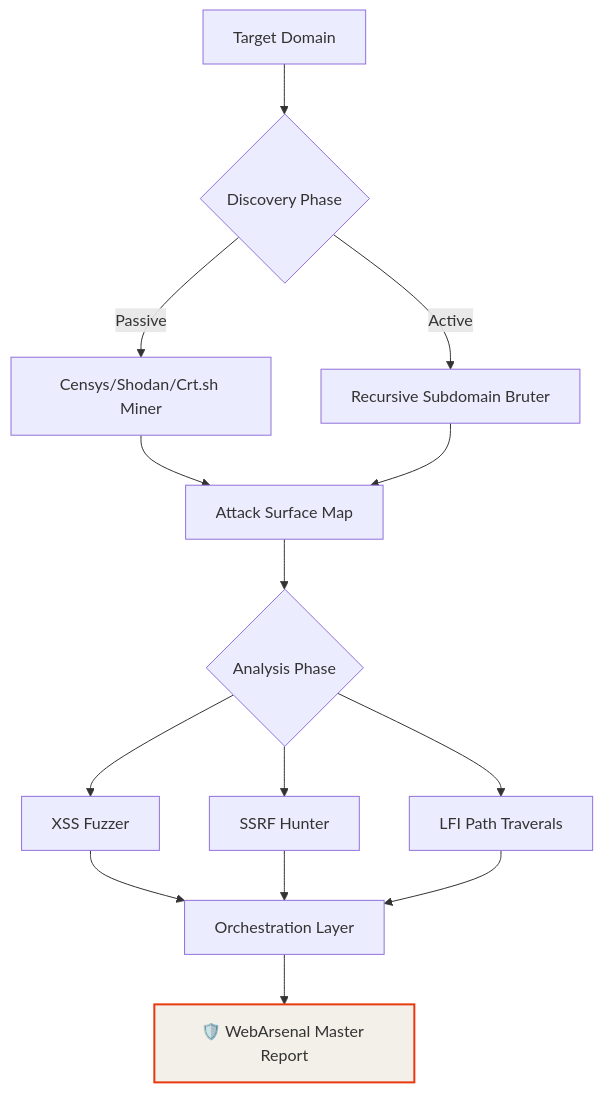
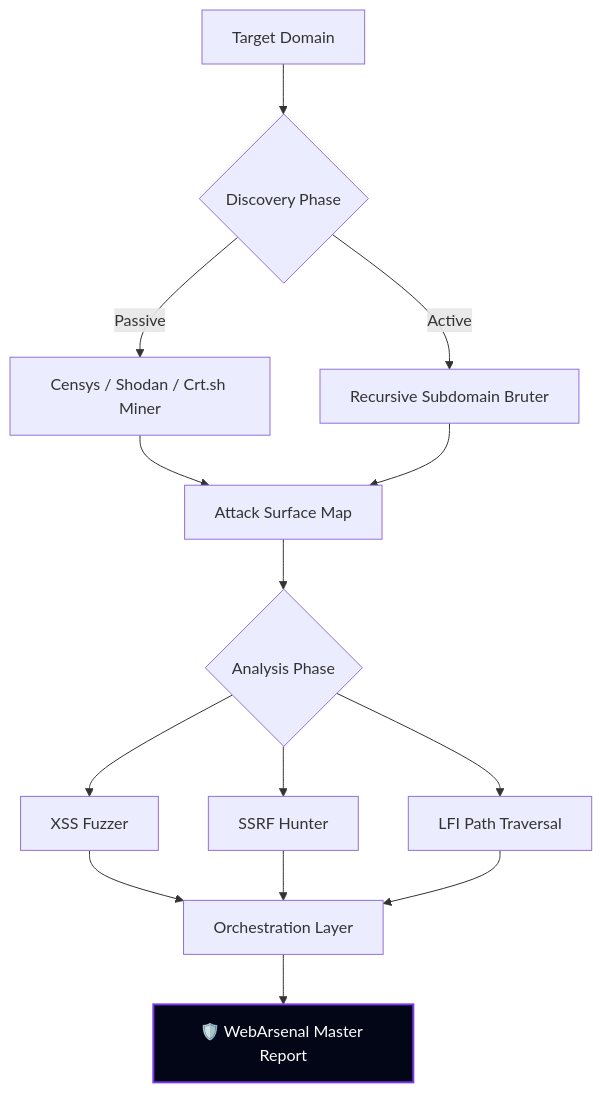
One commit to edwinnyandika/webarsenal-v2 changed the first of 2 diagrams in README.md. Above: the diagram before and after it, drawn with Mermaid. The commit also changed other lines of this file and 605 other files, not shown here.

````diff
--- a/README.md
+++ b/README.md
@@ -19,17 +104,17 @@
 ```mermaid
 graph TD
     A[Target Domain] --> B{Discovery Phase}
-    B -- Passive --> C[Censys/Shodan/Crt.sh Miner]
+    B -- Passive --> C[Censys / Shodan / Crt.sh Miner]
     B -- Active --> D[Recursive Subdomain Bruter]
     C --> E[Attack Surface Map]
     D --> E
     E --> F{Analysis Phase}
     F --> G[XSS Fuzzer]
     F --> H[SSRF Hunter]
-    F --> I[LFI Path Traverals]
+    F --> I[LFI Path Traversal]
     G --> J[Orchestration Layer]
     H --> J
     I --> J
     J --> K[🛡️ WebArsenal Master Report]
-    style K fill:#f2f0e8,stroke:#e8390e,stroke-width:2px;
+    style K fill:#020617,stroke:#7c3aed,stroke-width:2px,color:#fff
 ```
````
